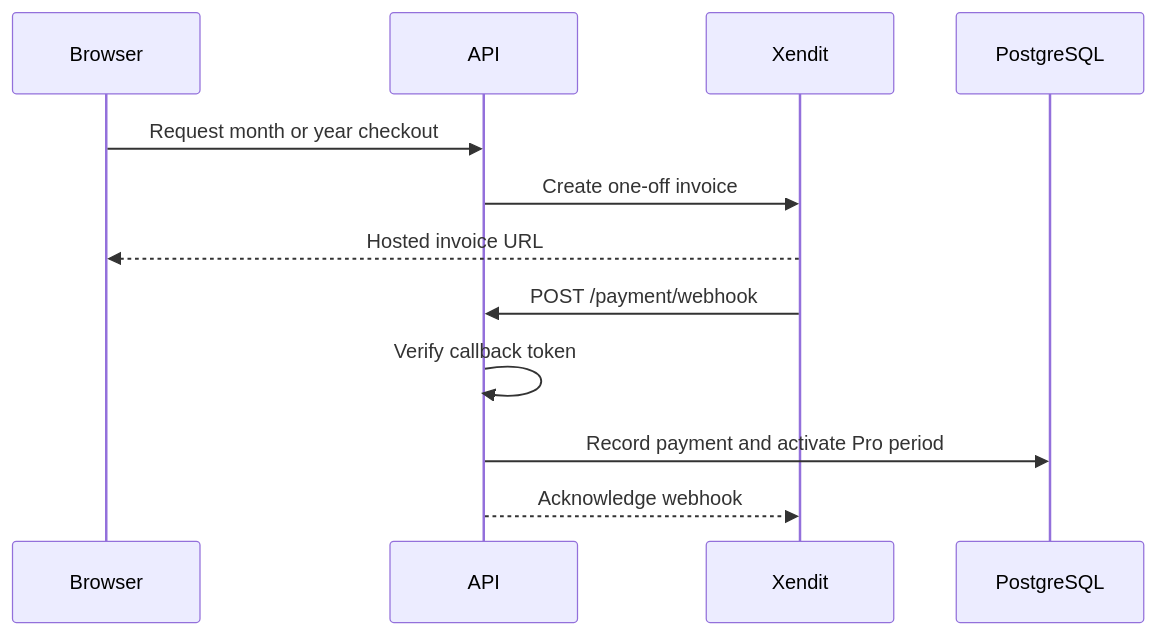
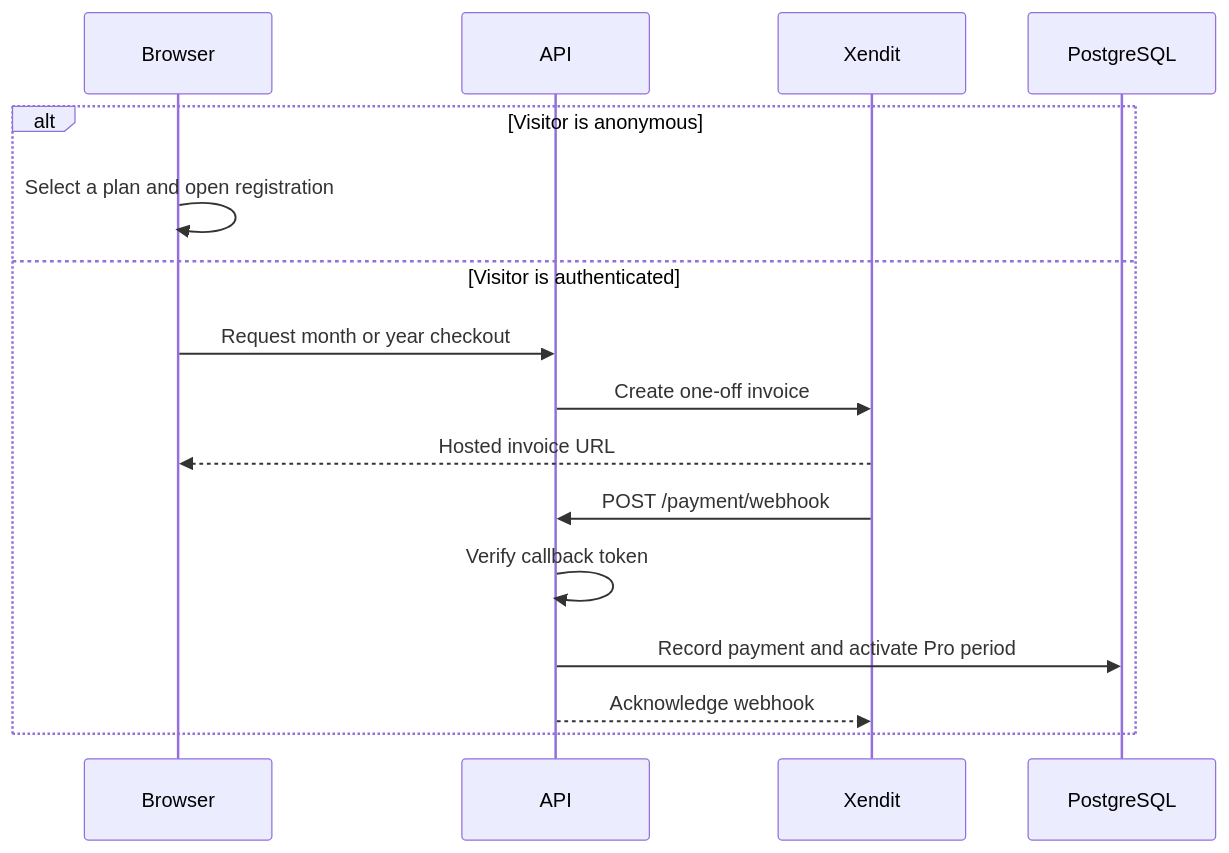
Before and after one commit to KianFratz/mail-mentor: the fourth of 4 diagrams in docs/architecture.md, drawn with Mermaid. The commit also changed other lines of this file and 3 other files, not shown here.

````diff
--- a/docs/architecture.md
+++ b/docs/architecture.md
@@ -103,15 +105,19 @@
 ```mermaid
 sequenceDiagram
   participant B as Browser
   participant A as API
   participant X as Xendit
   participant D as PostgreSQL
 
-  B->>A: Request month or year checkout
-  A->>X: Create one-off invoice
-  X-->>B: Hosted invoice URL
-  X->>A: POST /payment/webhook
-  A->>A: Verify callback token
-  A->>D: Record payment and activate Pro period
-  A-->>X: Acknowledge webhook
+  alt Visitor is anonymous
+    B->>B: Select a plan and open registration
+  else Visitor is authenticated
+    B->>A: Request month or year checkout
+    A->>X: Create one-off invoice
+    X-->>B: Hosted invoice URL
+    X->>A: POST /payment/webhook
+    A->>A: Verify callback token
+    A->>D: Record payment and activate Pro period
+    A-->>X: Acknowledge webhook
+  end
 ```
````
